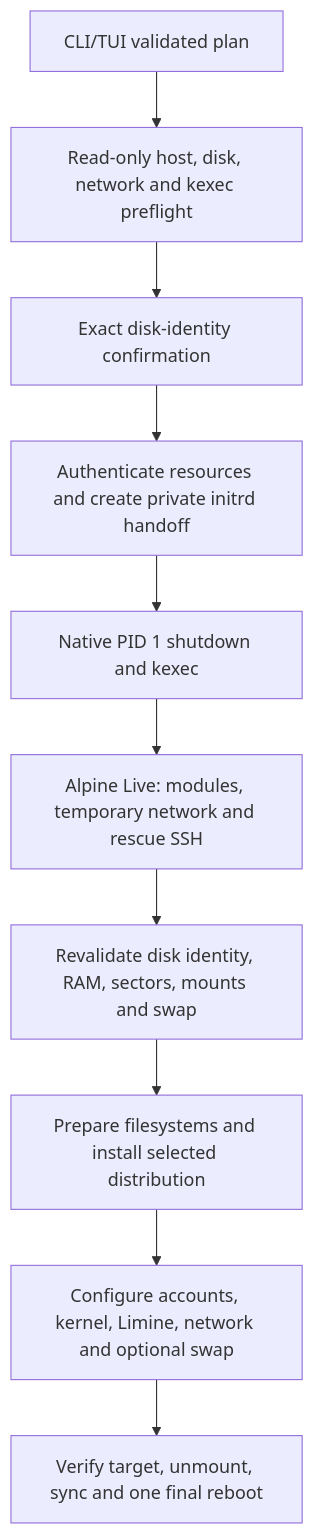
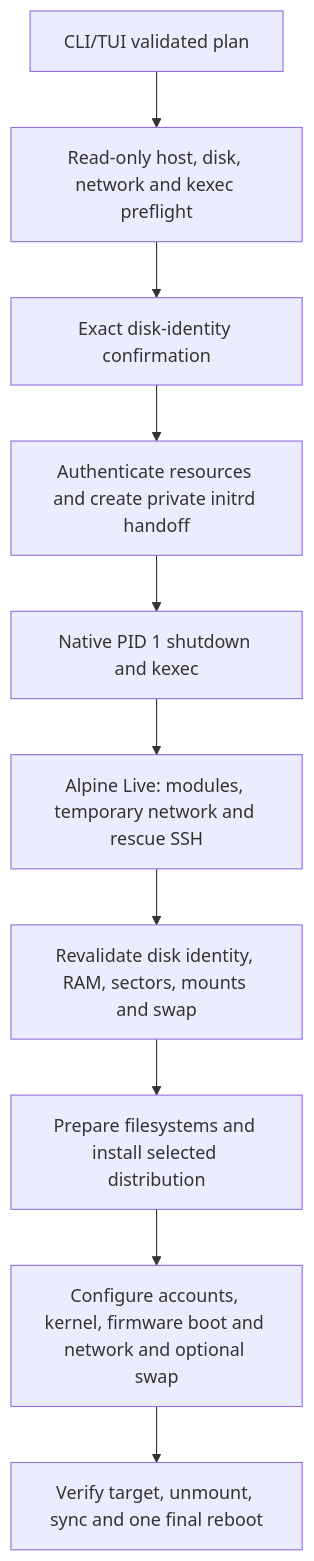
Before and after one commit to Clementine-Miles/rustaller: the diagram in docs/ARCHITECTURE.md, drawn with Mermaid. The commit also changed other lines of this file and 9 other files, not shown here.

Commit message:
Document the boot policy, recovery procedure and firmware verification

````diff
--- a/docs/ARCHITECTURE.md
+++ b/docs/ARCHITECTURE.md
@@ -28,12 +27,12 @@
 ```mermaid
 flowchart TD
     A[CLI/TUI validated plan] --> B[Read-only host, disk, network and kexec preflight]
     B --> C[Exact disk-identity confirmation]
     C --> D[Authenticate resources and create private initrd handoff]
     D --> E[Native PID 1 shutdown and kexec]
     E --> F[Alpine Live: modules, temporary network and rescue SSH]
     F --> G[Revalidate disk identity, RAM, sectors, mounts and swap]
     G --> H[Prepare filesystems and install selected distribution]
-    H --> I[Configure accounts, kernel, Limine, network and optional swap]
+    H --> I[Configure accounts, kernel, firmware boot and network and optional swap]
     I --> J[Verify target, unmount, sync and one final reboot]
 ```
````
